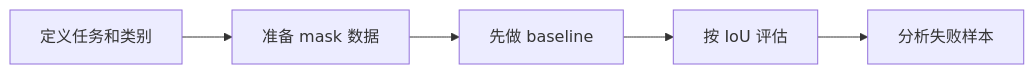
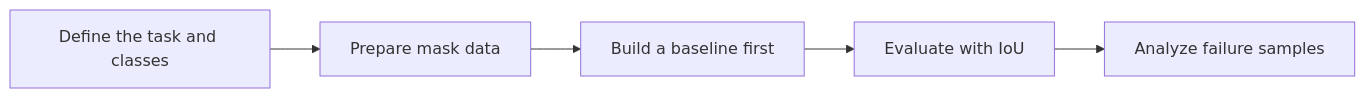
Before and after one commit to oudbiao/AI-fullstack-course: the diagram in docs/ch10-computer-vision/ch04-segmentation/03-segmentation-practice.md, drawn with Mermaid. The commit also changed other lines of this file and 1406 other files, not shown here.

````diff
--- a/docs/ch10-computer-vision/ch04-segmentation/03-segmentation-practice.md
+++ b/docs/ch10-computer-vision/ch04-segmentation/03-segmentation-practice.md
@@ -46,7 +46,7 @@
 ```mermaid
 flowchart LR
-    A["定义任务和类别"] --> B["准备 mask 数据"]
-    B --> C["先做 baseline"]
-    C --> D["按 IoU 评估"]
-    D --> E["分析失败样本"]
+    A["Define the task and classes"] --> B["Prepare mask data"]
+    B --> C["Build a baseline first"]
+    C --> D["Evaluate with IoU"]
+    D --> E["Analyze failure samples"]
 ```
````
